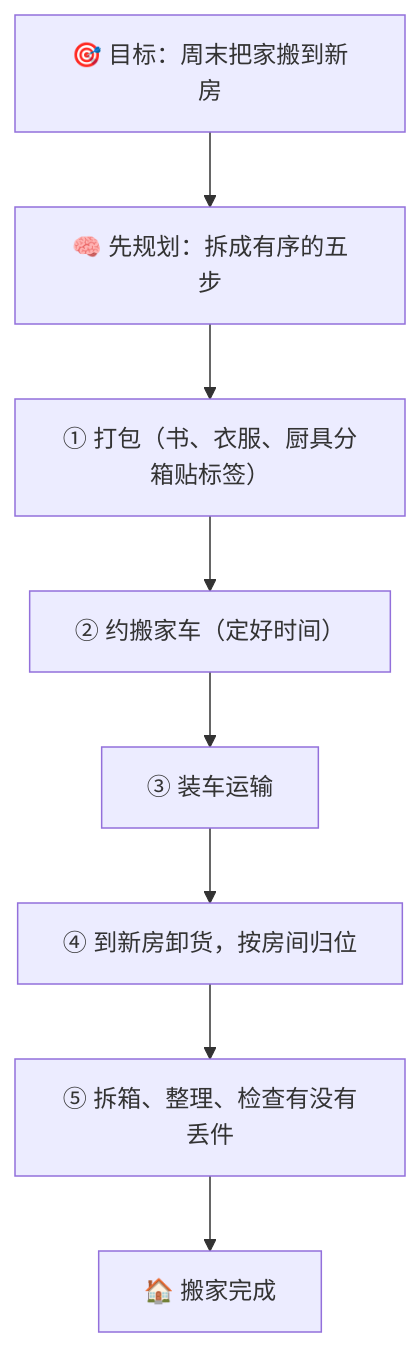
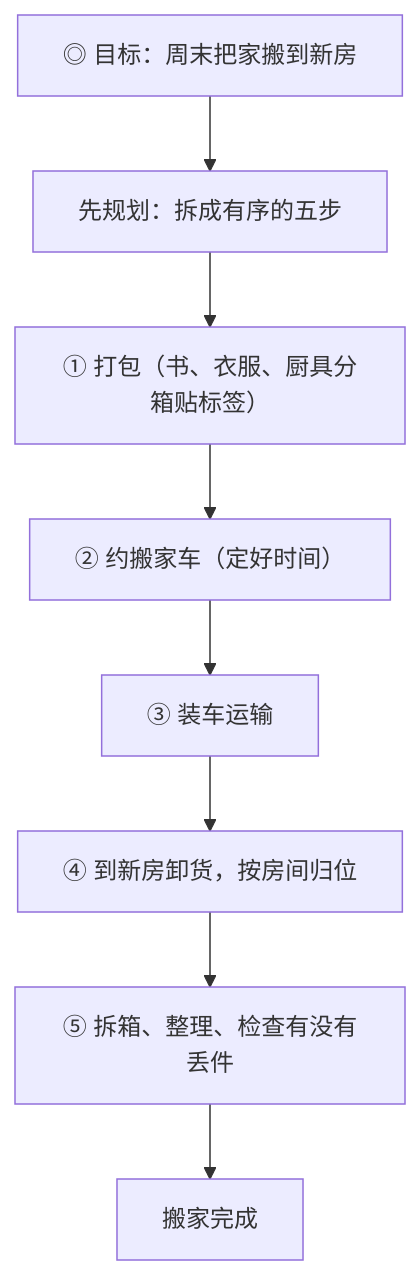
One commit to luckykhy/KhyAiHub changed the fourth of 5 diagrams in docs/02_CONCEPTS_概念入门/CONCEPT/[CONCEPT-23] 什么是计划与执行-PlanAndExecute.md. Above: the diagram before and after it, drawn with Mermaid. The commit also changed other lines of this file, not shown here.

````diff
--- a/docs/02_CONCEPTS_概念入门/CONCEPT/[CONCEPT-23] 什么是计划与执行-PlanAndExecute.md
+++ b/docs/02_CONCEPTS_概念入门/CONCEPT/[CONCEPT-23] 什么是计划与执行-PlanAndExecute.md
@@ -251,11 +251,11 @@
 ```mermaid
 flowchart TB
-  GOAL["🎯 目标：周末把家搬到新房"]
-  GOAL --> P["🧠 先规划：拆成有序的五步"]
+  GOAL["◎ 目标：周末把家搬到新房"]
+  GOAL --> P["先规划：拆成有序的五步"]
   P --> S1["① 打包（书、衣服、厨具分箱贴标签）"]
   S1 --> S2["② 约搬家车（定好时间）"]
   S2 --> S3["③ 装车运输"]
   S3 --> S4["④ 到新房卸货，按房间归位"]
   S4 --> S5["⑤ 拆箱、整理、检查有没有丢件"]
-  S5 --> DONE["🏠 搬家完成"]
+  S5 --> DONE["搬家完成"]
 ```
````
